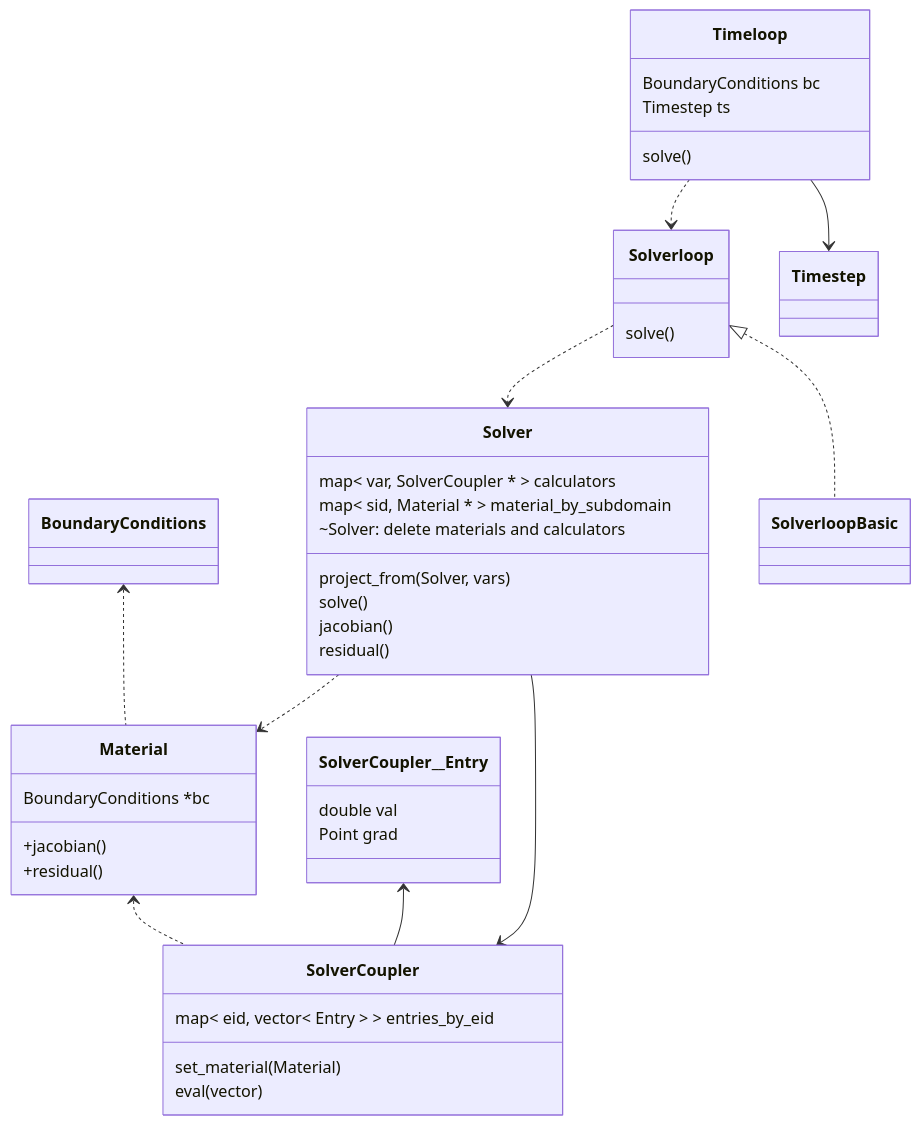
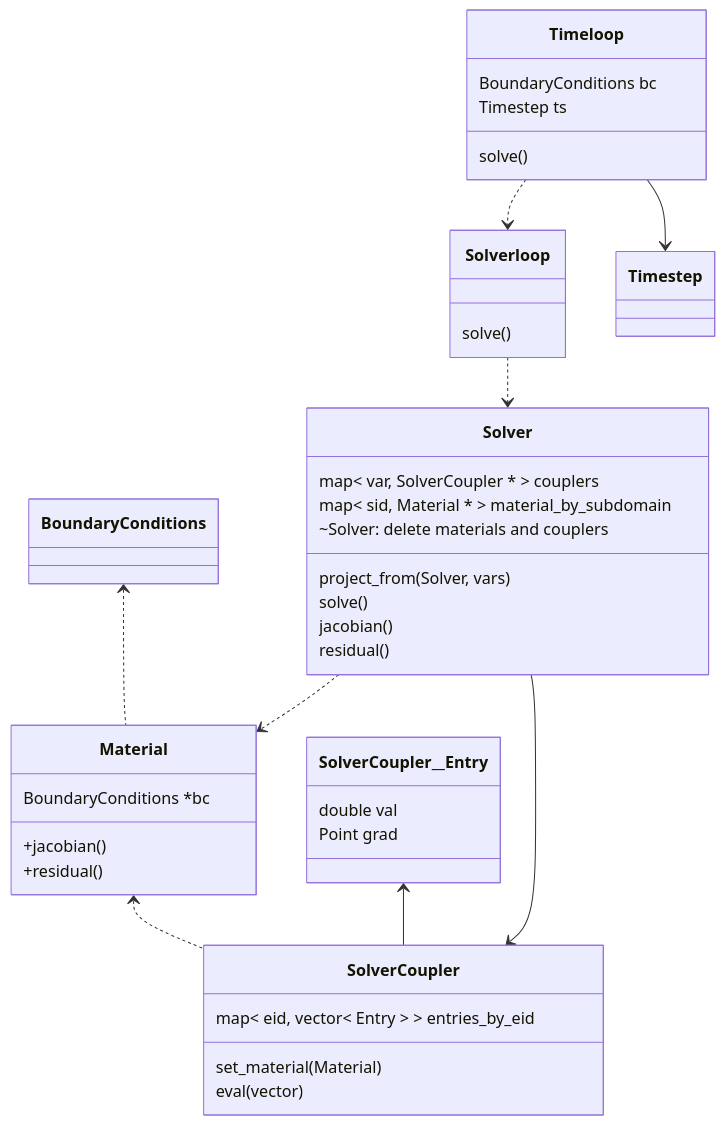
Before and after one commit to rebpoli/harpy: the first of 2 diagrams in doc/Description.md, drawn with Mermaid. The commit also changed other lines of this file, not shown here.

````diff
--- a/doc/Description.md
+++ b/doc/Description.md
@@ -20,51 +20,50 @@
 ```mermaid
-%% Interfaces
+%% Interfaces, abstract classes
 classDiagram
     class Timeloop { 
         BoundaryConditions bc
         Timestep ts
         solve()
     }
 
     class Solverloop {
         solve()
     }
 
     class Solver {
-        map< var, SolverCoupler * > calculators
+        map< var, SolverCoupler * > couplers
         map< sid, Material * > material_by_subdomain
-        ~Solver: delete materials and calculators
+        ~Solver: delete materials and couplers
         project_from(Solver, vars)
         solve()
         jacobian()
         residual()
     }
 
 
     class Material {
         BoundaryConditions *bc
         +jacobian()
         +residual()
     }
     BoundaryConditions <.. Material
 
     %% An entry of the coupler - a subclass
     class SolverCoupler__Entry { 
         double val
         Point grad 
     }
     class SolverCoupler {
         map< eid, vector< Entry > > entries_by_eid
         set_material( Material )
         eval( vector<Point> )
     }
     Material <.. SolverCoupler
     SolverCoupler__Entry <-- SolverCoupler
-    Solverloop <|.. SolverloopBasic
     SolverCoupler <-- Solver
     Timeloop --> Timestep
     Timeloop ..> Solverloop
     Solverloop ..> Solver
     Solver..> Material
 
 ```
````
